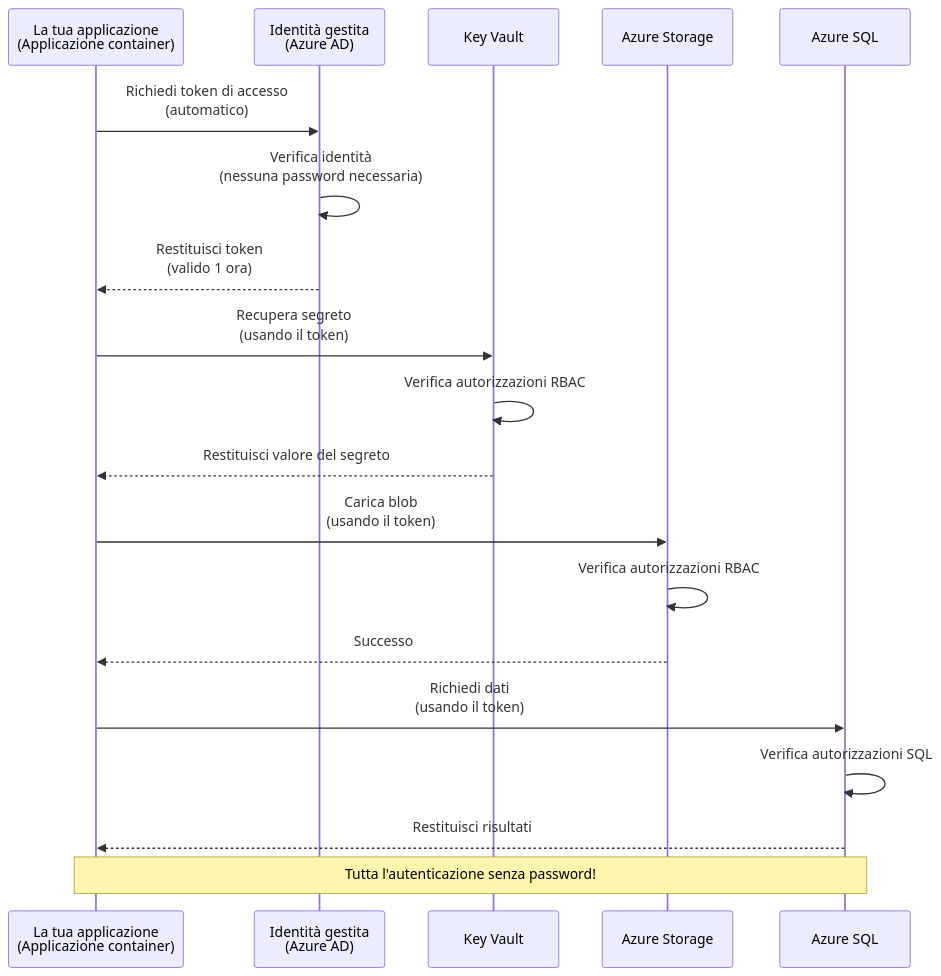
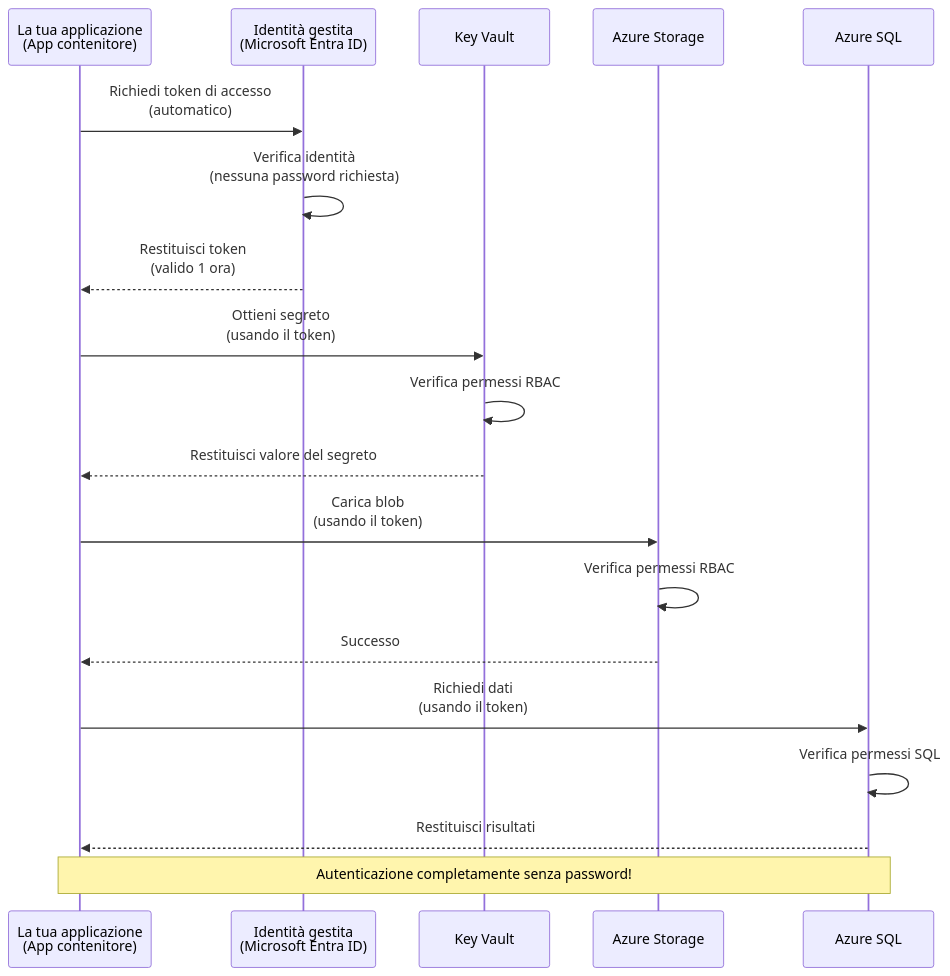
The first of 2 diagrams in translations/it/docs/chapter-03-configuration/authsecurity.md (microsoft/AZD-for-beginners), drawn with Mermaid before and after one commit. The commit also changed other lines of this file and 104 other files, not shown here.

````diff
--- a/translations/it/docs/chapter-03-configuration/authsecurity.md
+++ b/translations/it/docs/chapter-03-configuration/authsecurity.md
@@ -69,26 +69,26 @@
 ```mermaid
 sequenceDiagram
-    participant App as La tua applicazione<br/>(Applicazione container)
-    participant MI as Identità gestita<br/>(Azure AD)
+    participant App as La tua applicazione<br/>(App contenitore)
+    participant MI as Identità gestita<br/>(Microsoft Entra ID)
     participant KV as Key Vault
     participant Storage as Azure Storage
     participant DB as Azure SQL
     
     App->>MI: Richiedi token di accesso<br/>(automatico)
-    MI->>MI: Verifica identità<br/>(nessuna password necessaria)
+    MI->>MI: Verifica identità<br/>(nessuna password richiesta)
     MI-->>App: Restituisci token<br/>(valido 1 ora)
     
-    App->>KV: Recupera segreto<br/>(usando il token)
-    KV->>KV: Verifica autorizzazioni RBAC
+    App->>KV: Ottieni segreto<br/>(usando il token)
+    KV->>KV: Verifica permessi RBAC
     KV-->>App: Restituisci valore del segreto
     
     App->>Storage: Carica blob<br/>(usando il token)
-    Storage->>Storage: Verifica autorizzazioni RBAC
+    Storage->>Storage: Verifica permessi RBAC
     Storage-->>App: Successo
     
     App->>DB: Richiedi dati<br/>(usando il token)
-    DB->>DB: Verifica autorizzazioni SQL
+    DB->>DB: Verifica permessi SQL
     DB-->>App: Restituisci risultati
     
-    Note over App,DB: Tutta l'autenticazione senza password!
+    Note over App,DB: Autenticazione completamente senza password!
 ```
````
